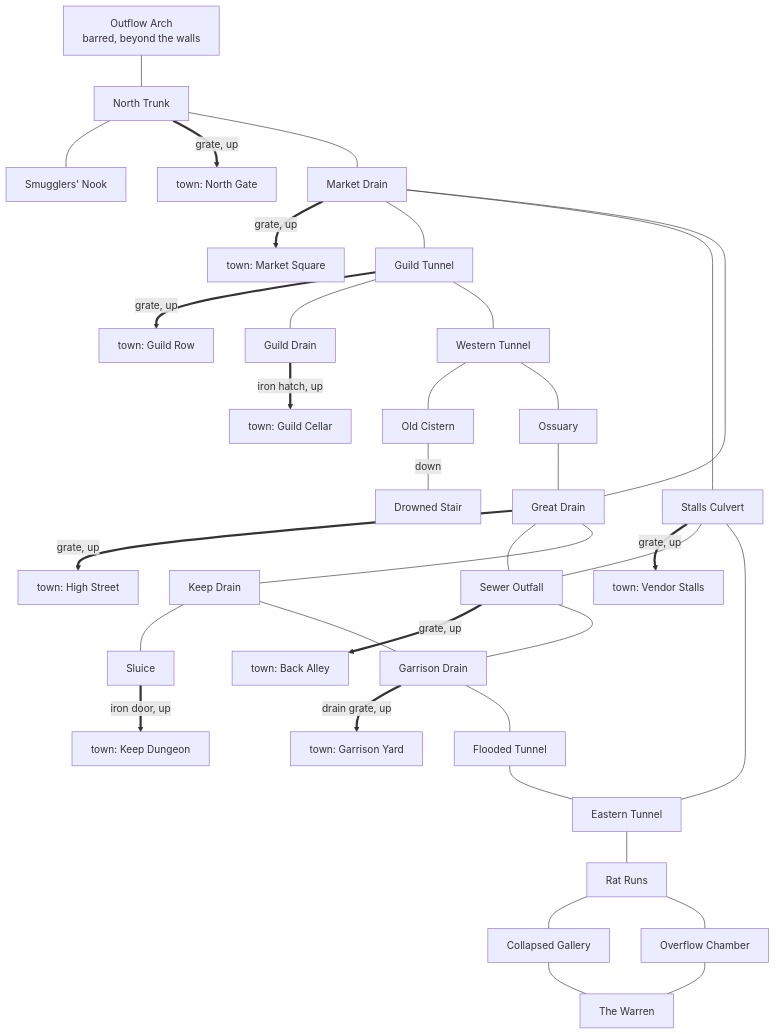
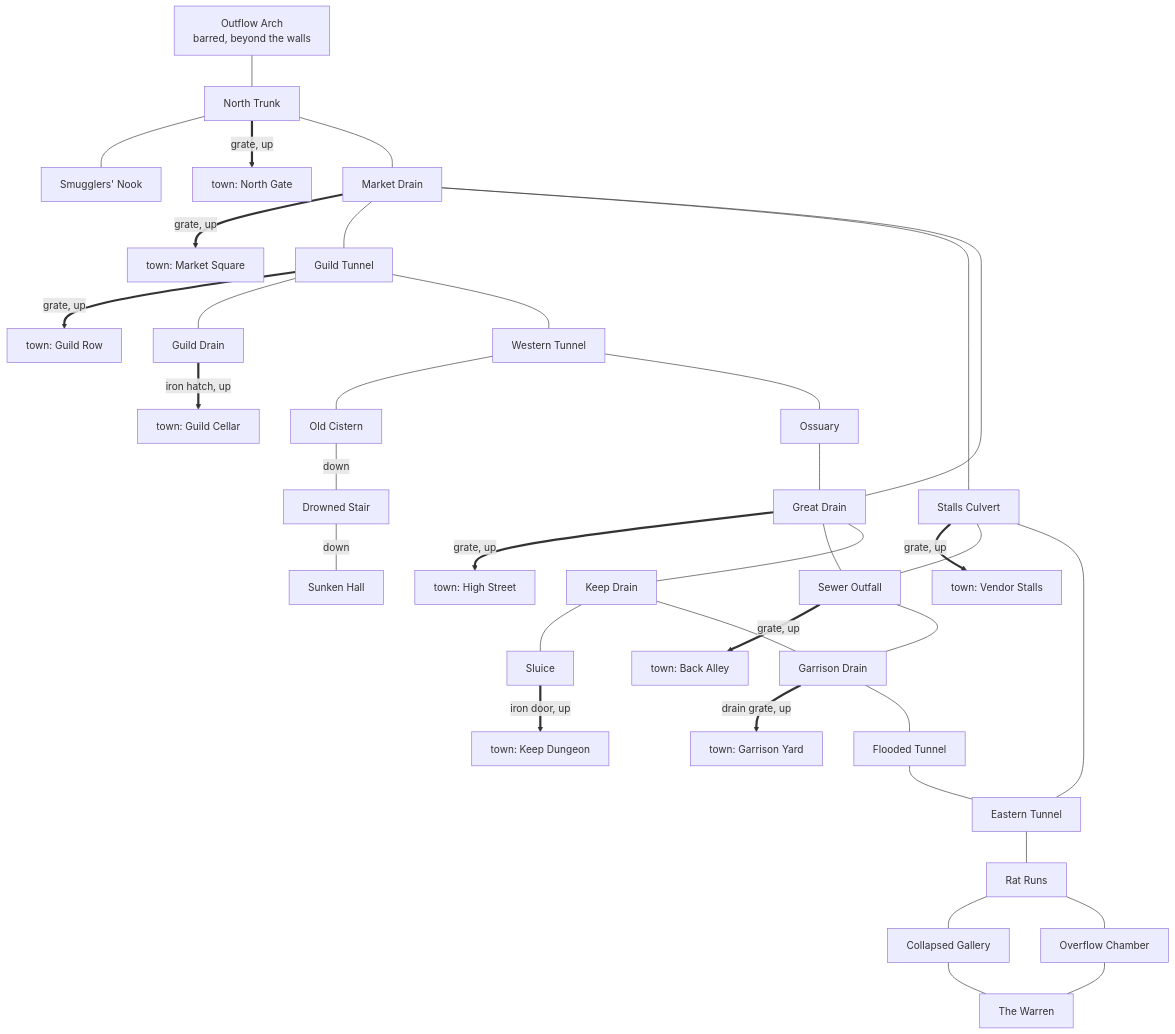
Before and after one commit to Aaqibhafeezkhan/riftward: the second of 2 diagrams in docs/riftwatch.md, drawn with Mermaid. The commit also changed other lines of this file and 10 other files, not shown here.

````diff
--- a/docs/riftwatch.md
+++ b/docs/riftwatch.md
@@ -48,38 +48,39 @@
 ```mermaid
 flowchart TB
     arch[Outflow Arch<br/>barred, beyond the walls] --- trunk[North Trunk]
     trunk --- nook[Smugglers' Nook]
     trunk == grate, up ==> tgate[town: North Gate]
     mdrain == grate, up ==> tmarket[town: Market Square]
     gtunnel == grate, up ==> trow[town: Guild Row]
     great == grate, up ==> thigh[town: High Street]
     culvert == grate, up ==> tstalls[town: Vendor Stalls]
     trunk --- mdrain[Market Drain]
     mdrain --- gtunnel[Guild Tunnel]
     gtunnel --- gdrain[Guild Drain]
     gdrain == iron hatch, up ==> gcellar[town: Guild Cellar]
     gtunnel --- west[Western Tunnel]
     west --- cistern[Old Cistern]
     cistern -- down --- stair[Drowned Stair]
+    stair -- down --- sunken[Sunken Hall]
     west --- ossuary[Ossuary]
     mdrain --- culvert[Stalls Culvert]
     culvert --- outfall[Sewer Outfall]
     outfall == grate, up ==> alley[town: Back Alley]
     mdrain --- great[Great Drain]
     ossuary --- great
     great --- outfall
     great --- keepdrain[Keep Drain]
     keepdrain --- sluice[Sluice]
     sluice == iron door, up ==> dungeon[town: Keep Dungeon]
     keepdrain --- gardrain[Garrison Drain]
     outfall --- gardrain
     gardrain == drain grate, up ==> yard[town: Garrison Yard]
     gardrain --- flooded[Flooded Tunnel]
     culvert --- east[Eastern Tunnel]
     flooded --- east
     east --- runs[Rat Runs]
     runs --- gallery[Collapsed Gallery]
     runs --- overflow[Overflow Chamber]
     gallery --- nest[The Warren]
     overflow --- nest
 ```
````
